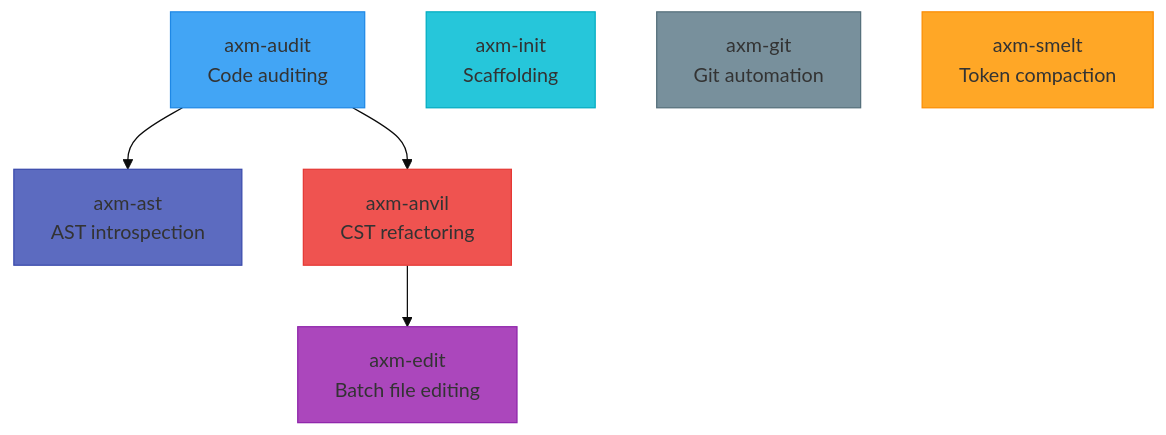
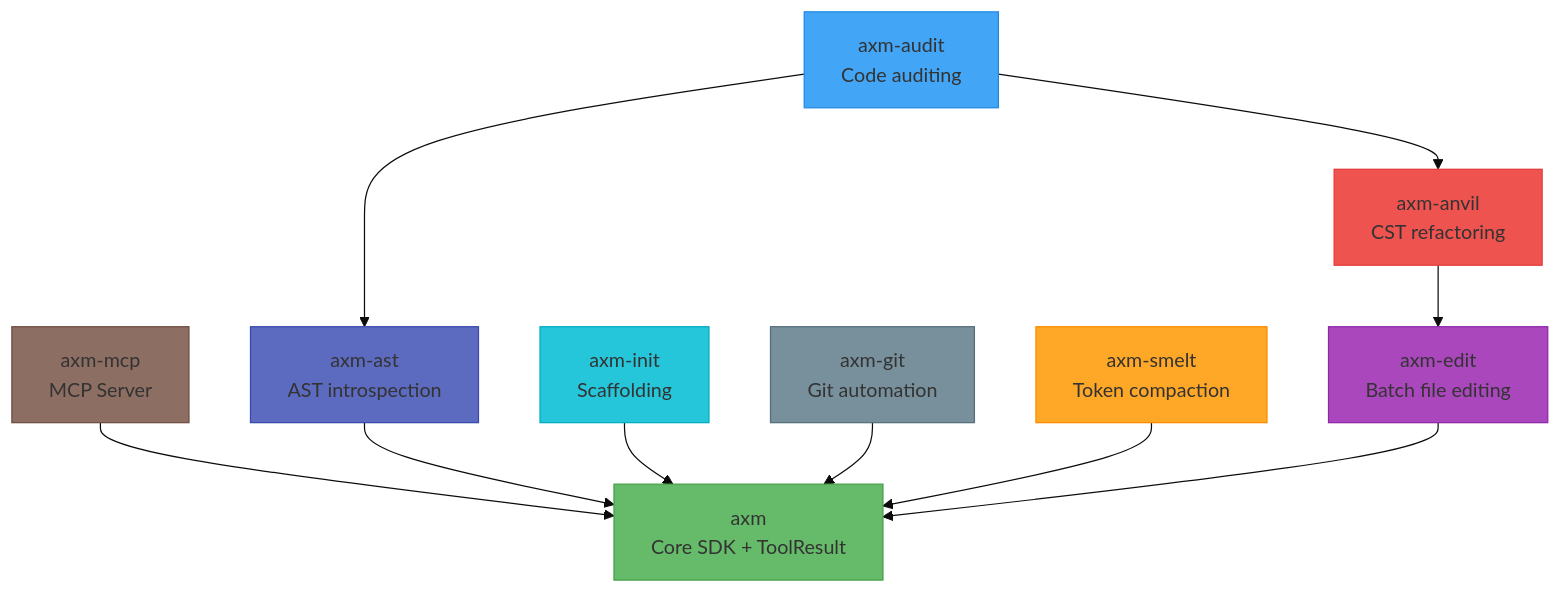
One commit to axm-protocols/axm-forge changed the diagram in README.md. Above: the diagram before and after it, drawn with Mermaid (base theme). The commit also changed other lines of this file and 2 other files, not shown here.

Commit message:
docs(forge): add axm + axm-mcp to README and doc landing pages
Migrate the package presentation from axm-nexus into forge's landing
pages: README package table + badges + mermaid, docs/index.md workspace
table + mermaid, and docs/packages/index.md grid cards. axm (core SDK)
listed first as the socle, axm-mcp second. Internal doc links use the
short forge convention (axm/, mcp/). Descriptions are the canonical
strings from nexus. mkdocs non-strict build passes.

````diff
--- a/README.md
+++ b/README.md
@@ -63,19 +67,23 @@
 ```mermaid
 graph TD
     classDef ast fill:#5C6BC0,stroke:#3949AB
     classDef audit fill:#42A5F5,stroke:#1E88E5
     classDef init fill:#26C6DA,stroke:#00ACC1
     classDef git fill:#78909C,stroke:#546E7A
     classDef smelt fill:#FFA726,stroke:#FB8C00
     classDef anvil fill:#EF5350,stroke:#E53935
     classDef edit fill:#AB47BC,stroke:#8E24AA
+    classDef axm fill:#66BB6A,stroke:#43A047
+    classDef mcp fill:#8D6E63,stroke:#6D4C41
 
-    AST["axm-ast<br/>AST introspection"]:::ast
+    AXM["axm<br/>Core SDK + ToolResult"]:::axm
+    MCP["axm-mcp<br/>MCP Server"]:::mcp --> AXM
+    AST["axm-ast<br/>AST introspection"]:::ast --> AXM
     AUDIT["axm-audit<br/>Code auditing"]:::audit --> AST
     AUDIT --> ANVIL
-    INIT["axm-init<br/>Scaffolding"]:::init
-    GIT["axm-git<br/>Git automation"]:::git
-    SMELT["axm-smelt<br/>Token compaction"]:::smelt
+    INIT["axm-init<br/>Scaffolding"]:::init --> AXM
+    GIT["axm-git<br/>Git automation"]:::git --> AXM
+    SMELT["axm-smelt<br/>Token compaction"]:::smelt --> AXM
     ANVIL["axm-anvil<br/>CST refactoring"]:::anvil --> EDIT
-    EDIT["axm-edit<br/>Batch file editing"]:::edit
+    EDIT["axm-edit<br/>Batch file editing"]:::edit --> AXM
 ```
````
